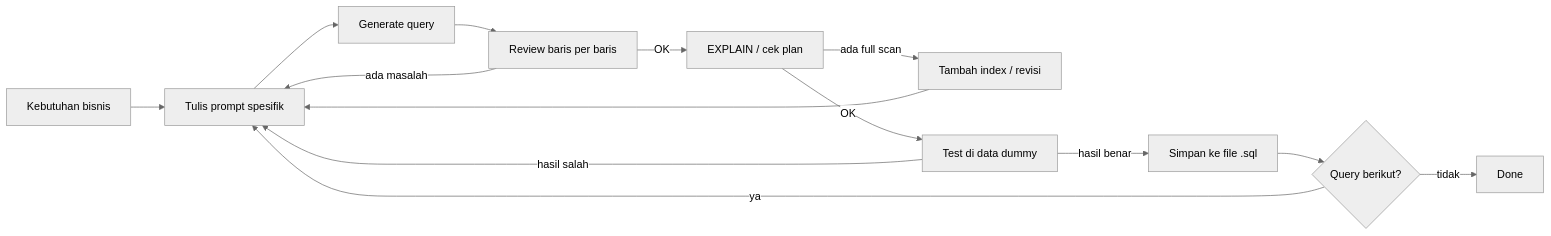
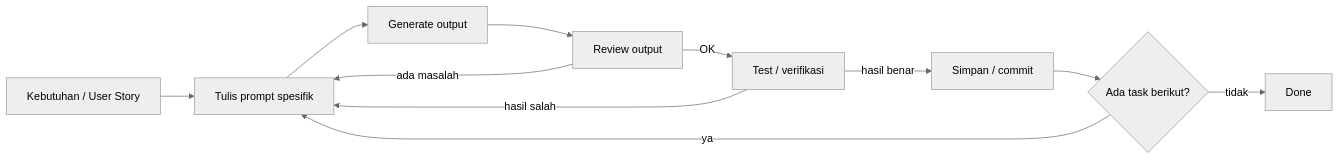
One commit to githubna-ilham/AI_Cursor changed the second of 2 diagrams in Hari-1-Fundamental-DevNotes/Sesi-04-Code-Generation/materi.md. Above: the diagram before and after it, drawn with Mermaid (neutral theme). The commit also changed other lines of this file, not shown here.

````diff
--- a/Hari-1-Fundamental-DevNotes/Sesi-04-Code-Generation/materi.md
+++ b/Hari-1-Fundamental-DevNotes/Sesi-04-Code-Generation/materi.md
@@ -329,16 +331,13 @@
 ```mermaid
 flowchart LR
-    K[Kebutuhan bisnis] --> P[Tulis prompt spesifik]
-    P --> G[Generate query]
-    G --> R[Review baris per baris]
+    K[Kebutuhan / User Story] --> P[Tulis prompt spesifik]
+    P --> G[Generate output]
+    G --> R[Review output]
     R -->|ada masalah| P
-    R -->|OK| E[EXPLAIN / cek plan]
-    E -->|ada full scan| I[Tambah index / revisi]
-    I --> P
-    E -->|OK| T[Test di data dummy]
+    R -->|OK| T[Test / verifikasi]
     T -->|hasil salah| P
-    T -->|hasil benar| C[Simpan ke file .sql]
-    C --> N{Query berikut?}
+    T -->|hasil benar| C[Simpan / commit]
+    C --> N{Ada task berikut?}
     N -->|ya| P
     N -->|tidak| D[Done]
 ```
````
